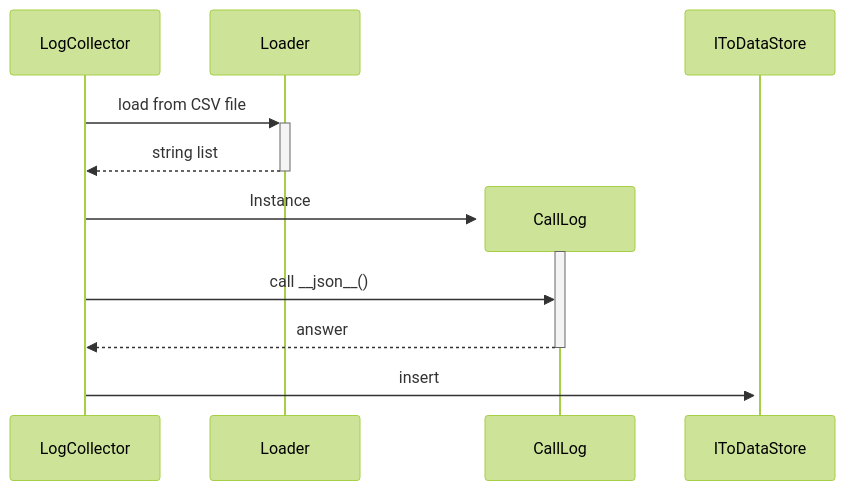
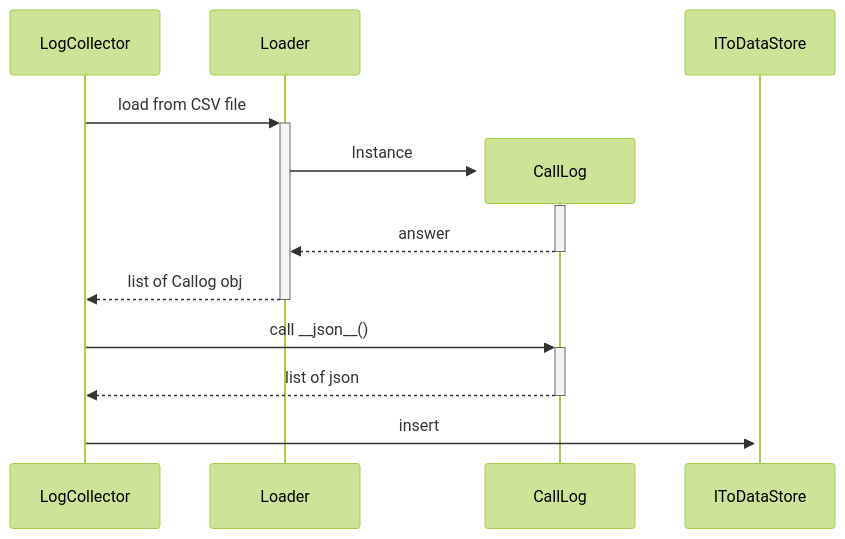
One commit to Davide-OttoneCasagrande/Call-Log-Handler changed the second of 2 diagrams in docs/drs.md. Above: the diagram before and after it, drawn with Mermaid (forest theme). The commit also changed other lines of this file, not shown here.

Commit message:
modified and approved sequence diagram (dynamic model) in drs.md

```diff
--- a/docs/drs.md
+++ b/docs/drs.md
@@ -135,10 +136,11 @@
 ::: mermaid
 sequenceDiagram
 LogCollector->>+Loader: load from CSV file
-Loader-->>-LogCollector: string list
 create participant CallLog
-LogCollector->>+CallLog: Instance
-LogCollector->>CallLog: call __json__()
-CallLog-->>-LogCollector: answer
+Loader->>+CallLog: Instance
+CallLog-->>-Loader: answer
+Loader-->>-LogCollector: list of Callog obj
+LogCollector->>+CallLog: call __json__()
+CallLog-->>-LogCollector: list of json 
 LogCollector->>+IToDataStore:insert
 :::
```
